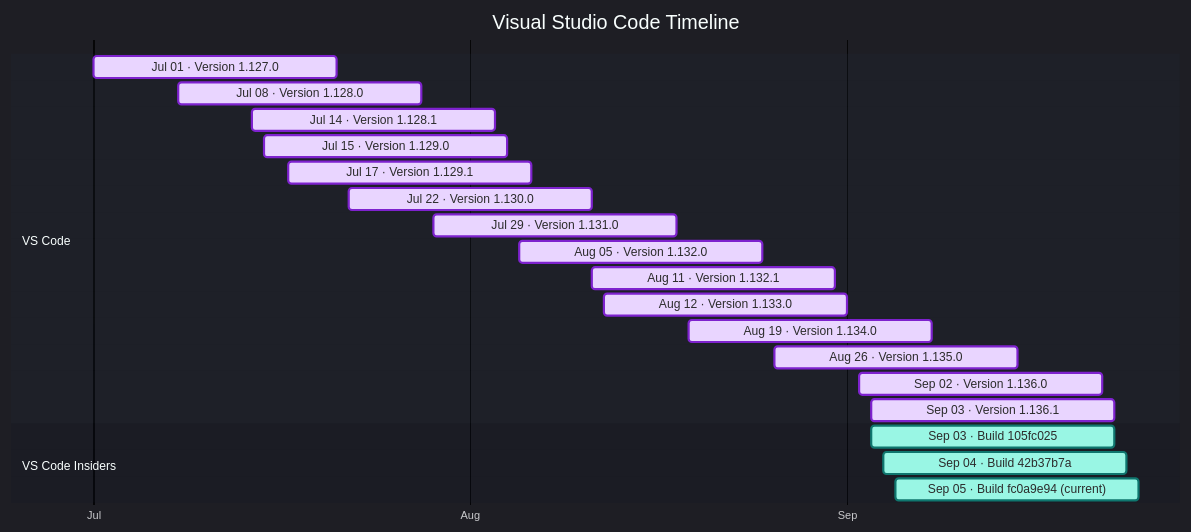
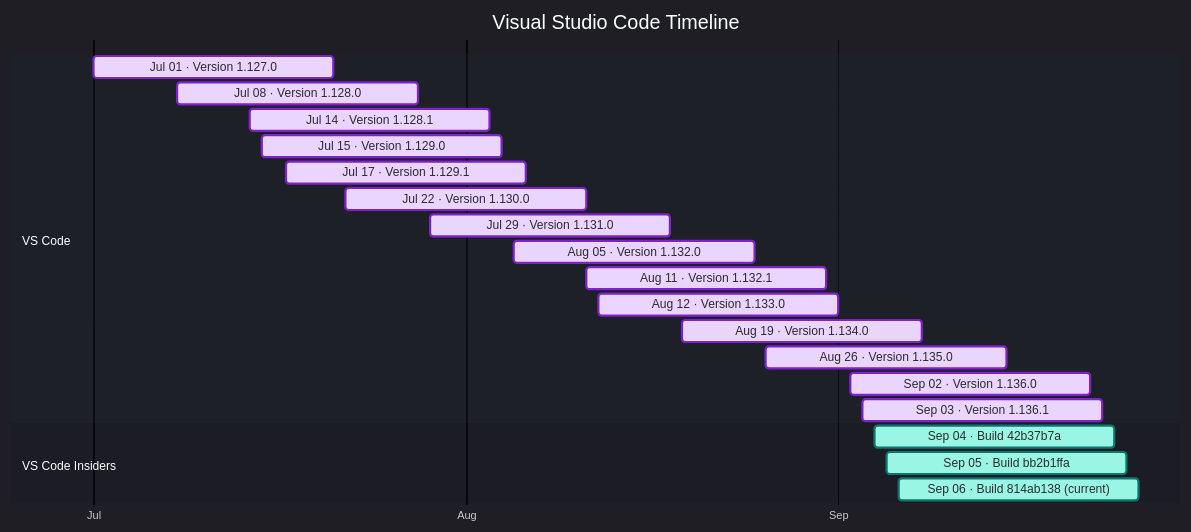
Before and after one commit to Oxelya-DevTools/VisualStudioUpdate: the diagram in docs/vscode.md, drawn with Mermaid. The commit also changed other lines of this file and 1 other file, not shown here.

Commit message:
Update generated release feeds

````diff
--- a/docs/vscode.md
+++ b/docs/vscode.md
@@ -9,27 +9,27 @@
 ```mermaid
 %%{init: {'theme':'dark','themeVariables': { 'fontFamily': 'Segoe UI', 'fontSize': '24px', 'textColor': '#F3F4F6', 'titleTextColor': '#FFFFFF', 'taskTextColor': '#111827', 'taskTextLightColor': '#111827', 'taskTextOutsideColor': '#F3F4F6', 'taskBkgColor': '#BAE6FD', 'taskBorderColor': '#0369A1', 'doneTaskBkgColor': '#E9D5FF', 'doneTaskBorderColor': '#7E22CE', 'activeTaskBkgColor': '#99F6E4', 'activeTaskBorderColor': '#0F766E', 'critTaskBkgColor': '#FED7AA', 'critTaskBorderColor': '#C2410C', 'sectionBkgColor': '#1F2937', 'altSectionBkgColor': '#111827', 'gridColor': '#4B5563', 'todayLineColor': '#F87171' }}}%%
 gantt
     title Visual Studio Code Timeline
     dateFormat  YYYY-MM-DD
     axisFormat  %b
     tickInterval 1month
     section VS Code
     Jul 01 · Version 1.127.0 : done, vscode202607010, 2026-07-01, 20d
     Jul 08 · Version 1.128.0 : done, vscode202607081, 2026-07-08, 20d
     Jul 14 · Version 1.128.1 : done, vscode202607142, 2026-07-14, 20d
     Jul 15 · Version 1.129.0 : done, vscode202607153, 2026-07-15, 20d
     Jul 17 · Version 1.129.1 : done, vscode202607174, 2026-07-17, 20d
     Jul 22 · Version 1.130.0 : done, vscode202607225, 2026-07-22, 20d
     Jul 29 · Version 1.131.0 : done, vscode202607296, 2026-07-29, 20d
     Aug 05 · Version 1.132.0 : done, vscode202608057, 2026-08-05, 20d
     Aug 11 · Version 1.132.1 : done, vscode202608118, 2026-08-11, 20d
     Aug 12 · Version 1.133.0 : done, vscode202608129, 2026-08-12, 20d
     Aug 19 · Version 1.134.0 : done, vscode2026081910, 2026-08-19, 20d
     Aug 26 · Version 1.135.0 : done, vscode2026082611, 2026-08-26, 20d
     Sep 02 · Version 1.136.0 : done, vscode2026090212, 2026-09-02, 20d
     Sep 03 · Version 1.136.1 : done, vscode2026090313, 2026-09-03, 20d
     section VS Code Insiders
-    Sep 03 · Build 105fc025 : active, vscodeinsiders202609030, 2026-09-03, 20d
-    Sep 04 · Build 42b37b7a : active, vscodeinsiders202609041, 2026-09-04, 20d
-    Sep 05 · Build fc0a9e94 (current) : active, vscodeinsiders202609052, 2026-09-05, 20d
+    Sep 04 · Build 42b37b7a : active, vscodeinsiders202609040, 2026-09-04, 20d
+    Sep 05 · Build bb2b1ffa : active, vscodeinsiders202609051, 2026-09-05, 20d
+    Sep 06 · Build 814ab138 (current) : active, vscodeinsiders202609062, 2026-09-06, 20d
 ```
````
